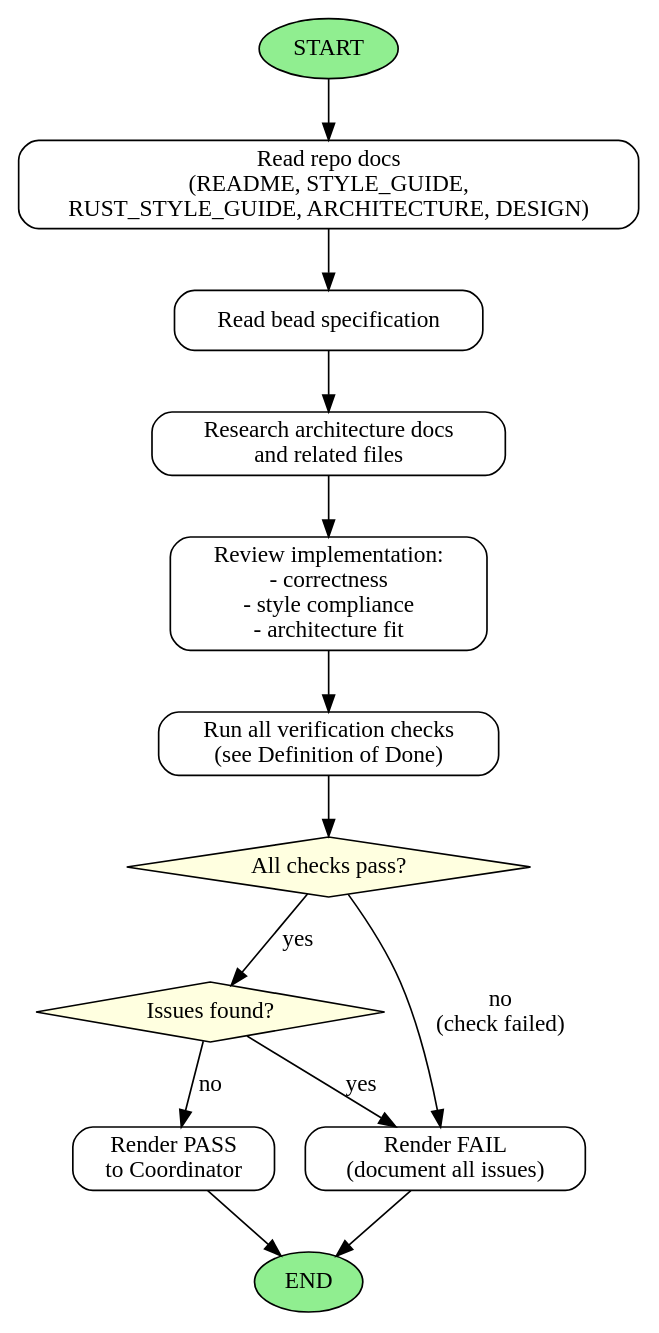
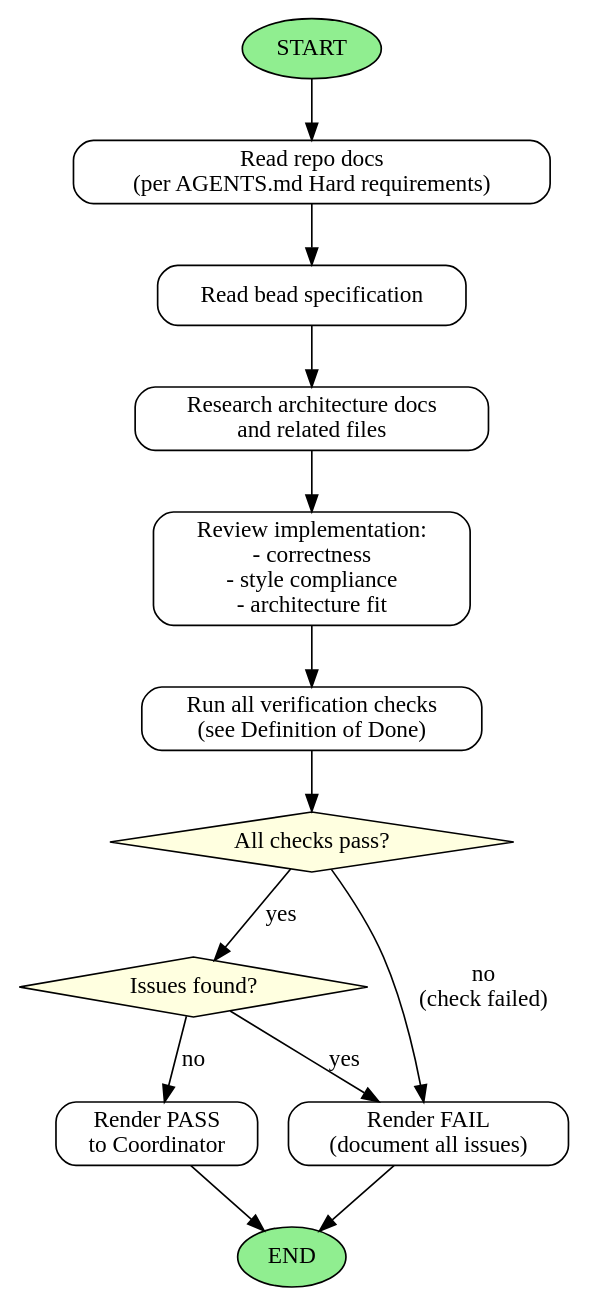
The diagram in .claude/agents/judge.md (imbue-ai/offload), drawn with Graphviz before and after one commit. The commit also changed other lines of this file and 17 other files, not shown here.

````diff
--- a/.claude/agents/judge.md
+++ b/.claude/agents/judge.md
@@ -47,26 +42,26 @@
 ```dot
 digraph JudgeAgentWorkflow {
   rankdir=TB;
   node [shape=box, style=rounded];
 
   START [shape=ellipse, style=filled, fillcolor=lightgreen];
-  READ_DOCS [label="Read repo docs\n(README, STYLE_GUIDE,\nRUST_STYLE_GUIDE, ARCHITECTURE, DESIGN)"];
+  READ_DOCS [label="Read repo docs\n(per AGENTS.md Hard requirements)"];
   READ_BEAD [label="Read bead specification"];
   RESEARCH [label="Research architecture docs\nand related files"];
   REVIEW_IMPL [label="Review implementation:\n- correctness\n- style compliance\n- architecture fit"];
   RUN_CHECKS [label="Run all verification checks\n(see Definition of Done)"];
   CHECKS_PASS [shape=diamond, style=filled, fillcolor=lightyellow, label="All checks pass?"];
   ISSUES_FOUND [shape=diamond, style=filled, fillcolor=lightyellow, label="Issues found?"];
   RENDER_PASS [label="Render PASS\nto Coordinator"];
   RENDER_FAIL [label="Render FAIL\n(document all issues)"];
   END [shape=ellipse, style=filled, fillcolor=lightgreen];
 
   START -> READ_DOCS -> READ_BEAD -> RESEARCH -> REVIEW_IMPL -> RUN_CHECKS -> CHECKS_PASS;
   CHECKS_PASS -> ISSUES_FOUND [label="yes"];
   CHECKS_PASS -> RENDER_FAIL [label="no\n(check failed)"];
   ISSUES_FOUND -> RENDER_PASS [label="no"];
   ISSUES_FOUND -> RENDER_FAIL [label="yes"];
   RENDER_PASS -> END;
   RENDER_FAIL -> END;
 }
 ```
````
